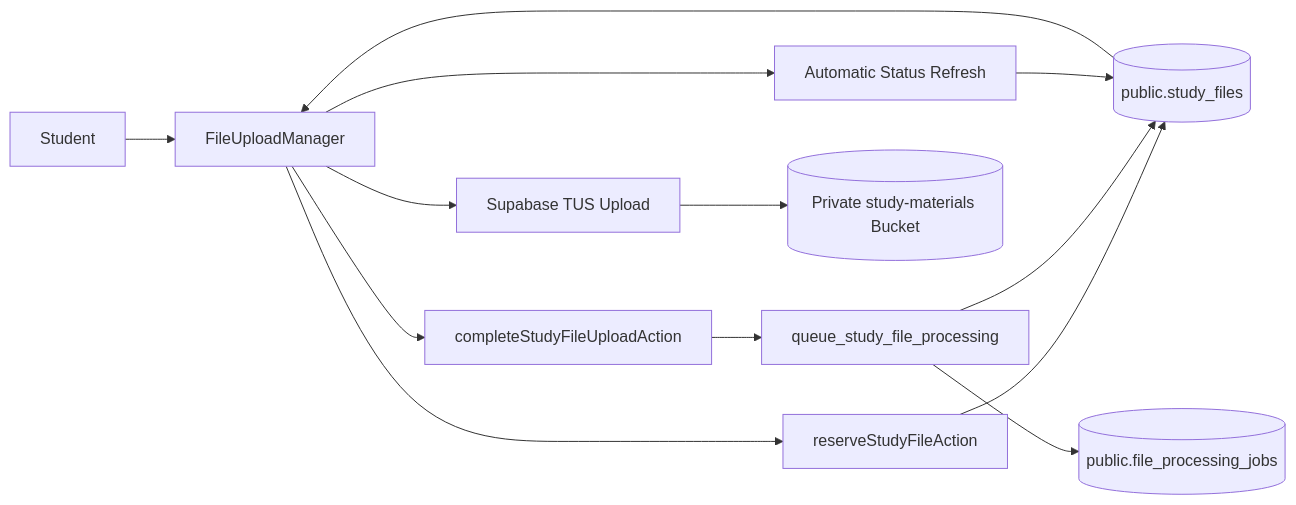
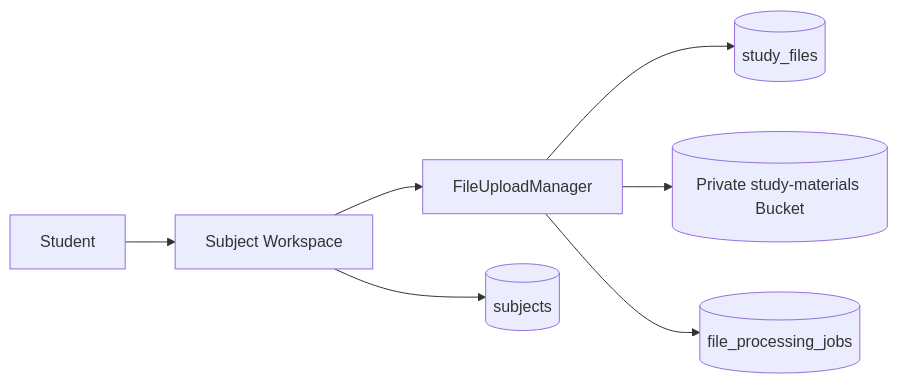
The fourth of 14 diagrams in docs/ARCHITECTURE.md (jianna-acc/stsp-capstone), drawn with Mermaid before and after one commit. The commit also changed other lines of this file and 67 other files, not shown here.

````diff
--- a/docs/ARCHITECTURE.md
+++ b/docs/ARCHITECTURE.md
@@ -605,31 +226,20 @@
 ```mermaid
 flowchart LR
     STUDENT["Student"]
-    MANAGER["FileUploadManager"]
-    RESERVE["reserveStudyFileAction"]
-    TUS["Supabase TUS Upload"]
-    COMPLETE["completeStudyFileUploadAction"]
-    QUEUE_RPC["queue_study_file_processing"]
-    FILE_TABLE[("public.study_files")]
-    JOB_TABLE[("public.file_processing_jobs")]
+
+    SUBJECTS["Subject Workspace"]
+    FILE_MANAGER["FileUploadManager"]
+
+    SUBJECT_TABLE[("subjects")]
+    FILE_TABLE[("study_files")]
     STORAGE[("Private study-materials Bucket")]
-    REFRESH["Automatic Status Refresh"]
+    JOBS[("file_processing_jobs")]
 
-    STUDENT --> MANAGER
+    STUDENT --> SUBJECTS
+    SUBJECTS --> SUBJECT_TABLE
 
-    MANAGER --> RESERVE
-    RESERVE --> FILE_TABLE
-
-    MANAGER --> TUS
-    TUS --> STORAGE
-
-    MANAGER --> COMPLETE
-    COMPLETE --> QUEUE_RPC
-
-    QUEUE_RPC --> FILE_TABLE
-    QUEUE_RPC --> JOB_TABLE
-
-    MANAGER --> REFRESH
-    REFRESH --> FILE_TABLE
-    FILE_TABLE --> MANAGER
+    SUBJECTS --> FILE_MANAGER
+    FILE_MANAGER --> FILE_TABLE
+    FILE_MANAGER --> STORAGE
+    FILE_MANAGER --> JOBS
 ```
````
